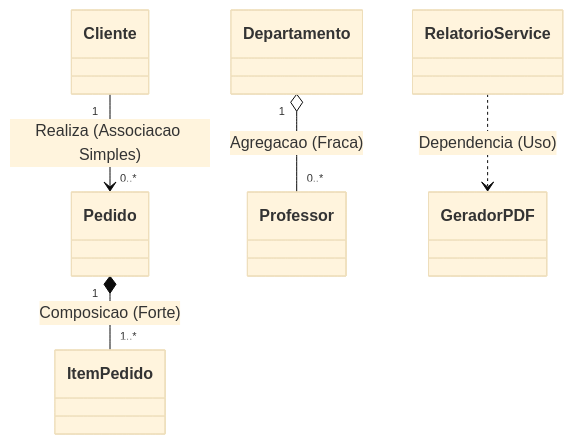
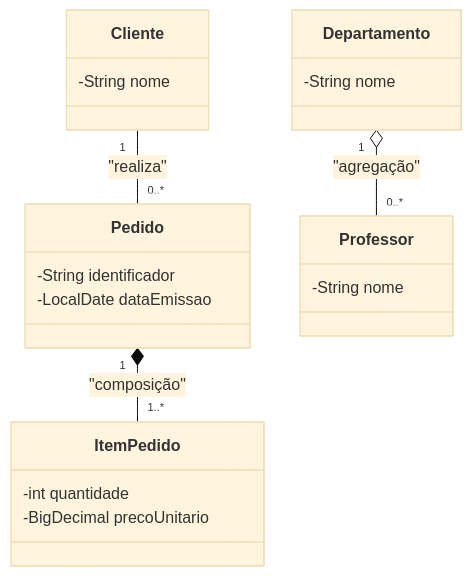
Before and after one commit to murilolol/unifef: diagram 18 of 28 in 4º Semestre/[Prof. Wesley Soares] Engenharia de Software II/Resumos-IA/Caderno-Consolidado.md, drawn with Mermaid (base theme). The commit also changed other lines of this file and 40 other files, not shown here.

````diff
--- a/4º Semestre/[Prof. Wesley Soares] Engenharia de Software II/Resumos-IA/Caderno-Consolidado.md
+++ b/4º Semestre/[Prof. Wesley Soares] Engenharia de Software II/Resumos-IA/Caderno-Consolidado.md
@@ -699,15 +812,24 @@
 ```mermaid
 classDiagram
-    class Cliente
-    class Pedido
-    class ItemPedido
-    class Departamento
-    class Professor
-    class RelatorioService
-    class GeradorPDF
+    class Pedido {
+        -String identificador
+        -LocalDate dataEmissao
+    }
+    class ItemPedido {
+        -int quantidade
+        -BigDecimal precoUnitario
+    }
+    class Cliente {
+        -String nome
+    }
+    class Departamento {
+        -String nome
+    }
+    class Professor {
+        -String nome
+    }
 
-    Cliente "1" --> "0..*" Pedido : Realiza (Associacao Simples)
-    Pedido "1" *-- "1..*" ItemPedido : Composicao (Forte)
-    Departamento "1" o-- "0..*" Professor : Agregacao (Fraca)
-    RelatorioService ..> GeradorPDF : Dependencia (Uso)
+    Cliente "1" -- "0..*" Pedido : "realiza"
+    Pedido "1" *-- "1..*" ItemPedido : "composição"
+    Departamento "1" o-- "0..*" Professor : "agregação"
 ```
````
